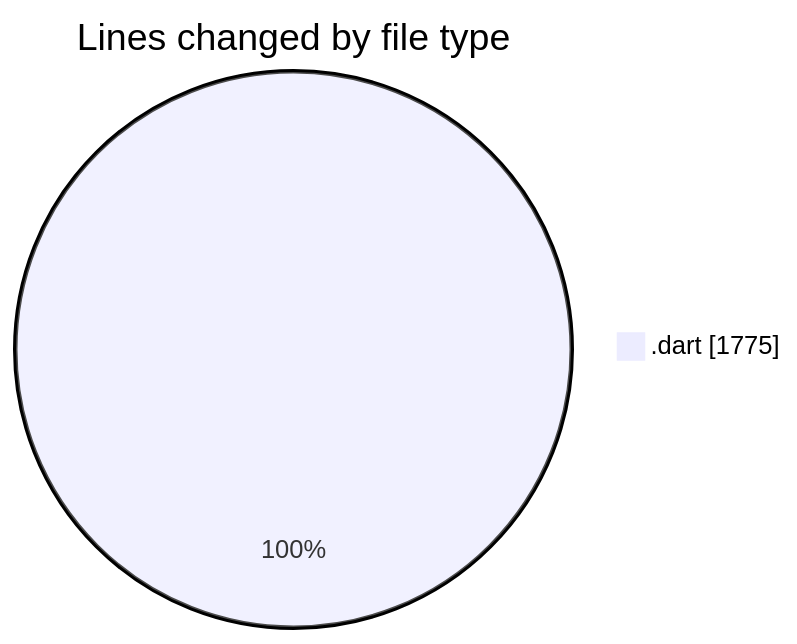
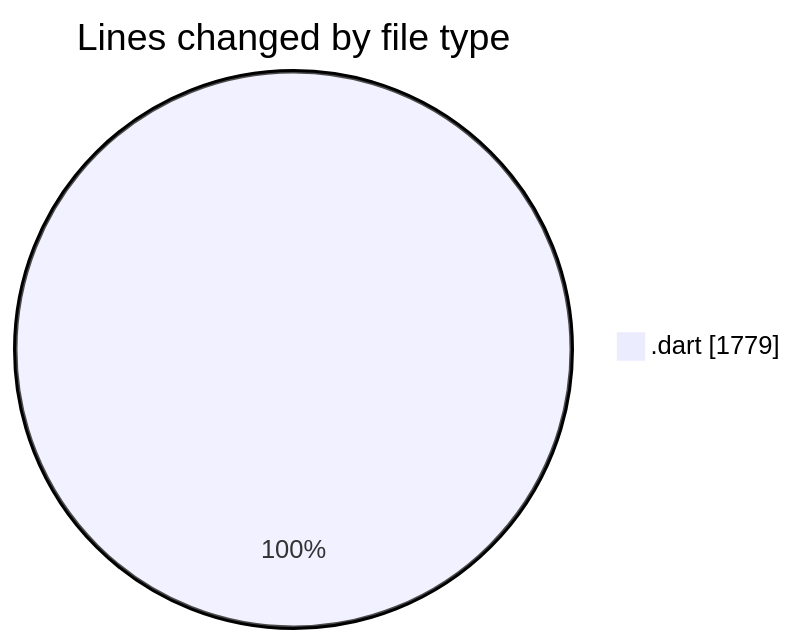
Before and after one commit to donsfak/code-tracking: the first of 2 diagrams in 2025-04-10/trackers_app/README.md, drawn with Mermaid. The commit also changed other lines of this file and 1 other file, not shown here.

````diff
--- a/2025-04-10/trackers_app/README.md
+++ b/2025-04-10/trackers_app/README.md
@@ -38,5 +38,5 @@
 ```mermaid
 pie showData
 title Lines changed by file type
-".dart" : 1775
+".dart" : 1779
 ```
````
